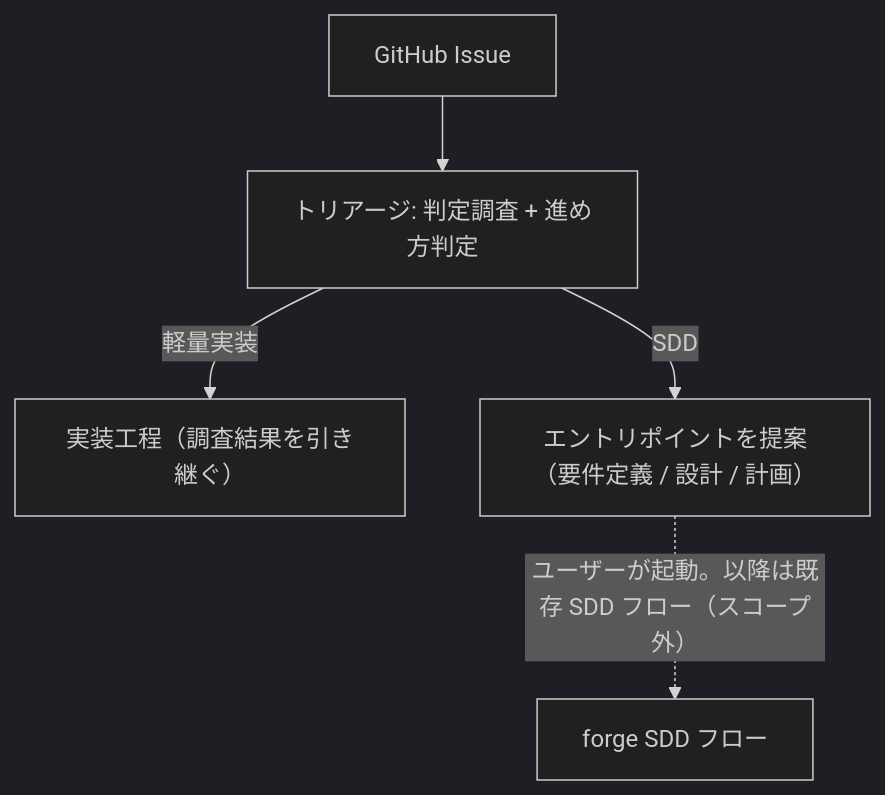
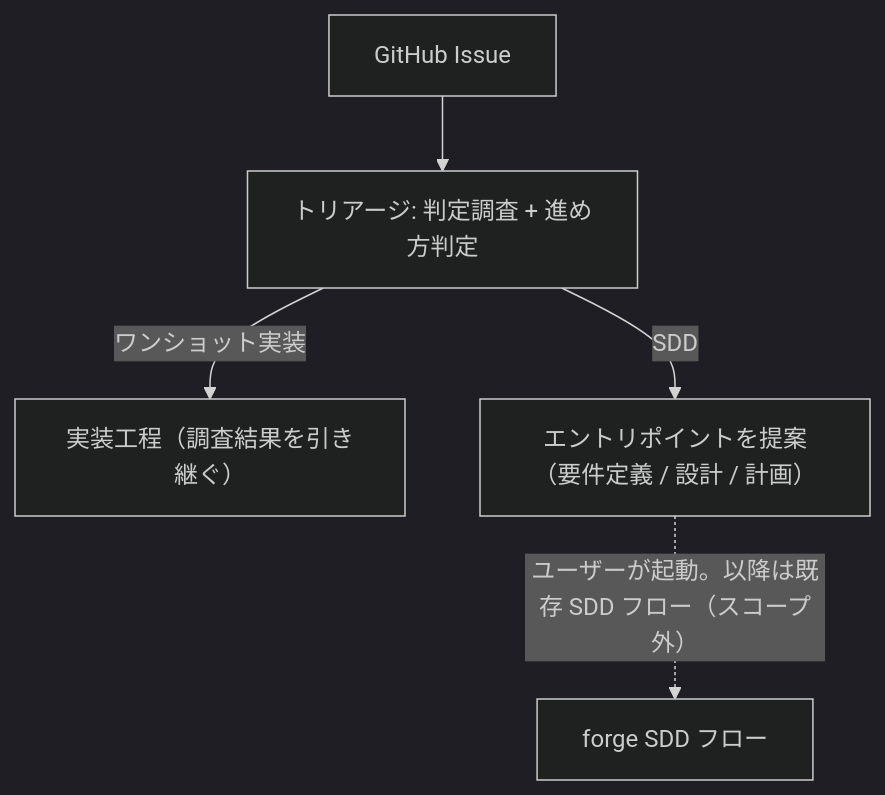
Before and after one commit to BlueEventHorizon/bw-cc-plugins: the diagram in docs/specs/anvil/triage-flow/requirements/REQ-007_dev_flow_triage.md, drawn with Mermaid (dark theme). The commit also changed other lines of this file and 6 other files, not shown here.

Commit message:
fix: 軽量実装 -> ワンショット実装

````diff
--- a/docs/specs/anvil/triage-flow/requirements/REQ-007_dev_flow_triage.md
+++ b/docs/specs/anvil/triage-flow/requirements/REQ-007_dev_flow_triage.md
@@ -174,7 +174,7 @@
 ```mermaid
 flowchart TD
     Issue["GitHub Issue"] --> Triage["トリアージ: 判定調査 + 進め方判定"]
-    Triage -->|"軽量実装"| Impl["実装工程（調査結果を引き継ぐ）"]
+    Triage -->|"ワンショット実装"| Impl["実装工程（調査結果を引き継ぐ）"]
     Triage -->|"SDD"| Entry["エントリポイントを提案（要件定義 / 設計 / 計画）"]
     Entry -.->|"ユーザーが起動。以降は既存 SDD フロー（スコープ外）"| SDD["forge SDD フロー"]
 ```
````
